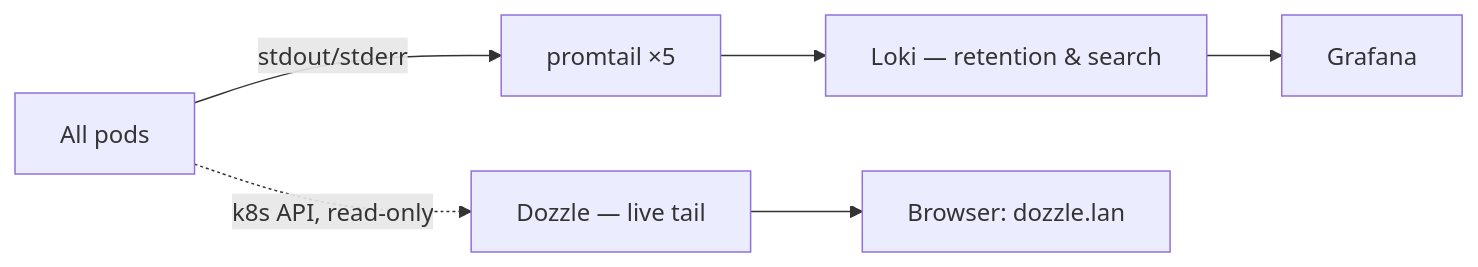
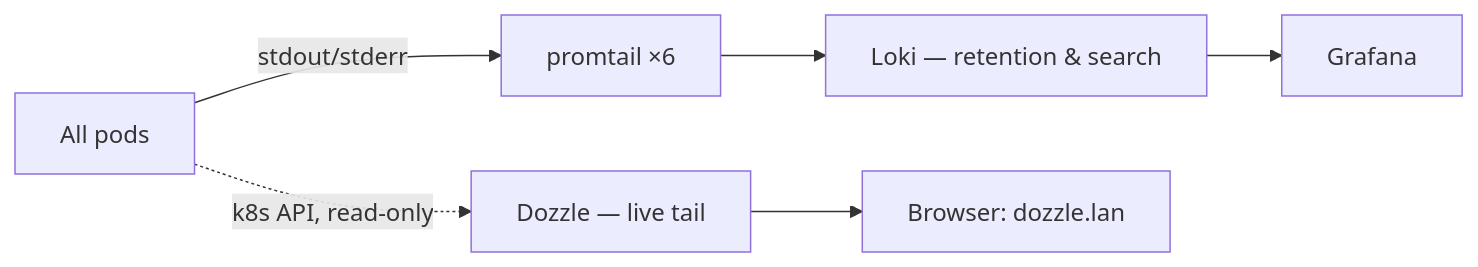
Before and after one commit to briancaffey/home-lab: the diagram in docs-site/docs/observability/logs.md, drawn with Mermaid. The commit also changed other lines of this file and 15 other files, not shown here.

````diff
--- a/docs-site/docs/observability/logs.md
+++ b/docs-site/docs/observability/logs.md
@@ -23,8 +27,8 @@
 ```mermaid
 flowchart LR
-    PODS[All pods] -->|stdout/stderr| PT[promtail ×5]
+    PODS[All pods] -->|stdout/stderr| PT[promtail ×6]
     PT --> LOKI[Loki — retention & search]
     LOKI --> G[Grafana]
     PODS -.k8s API, read-only.-> DZ[Dozzle — live tail]
     DZ --> B[Browser: dozzle.lan]
 ```
````
